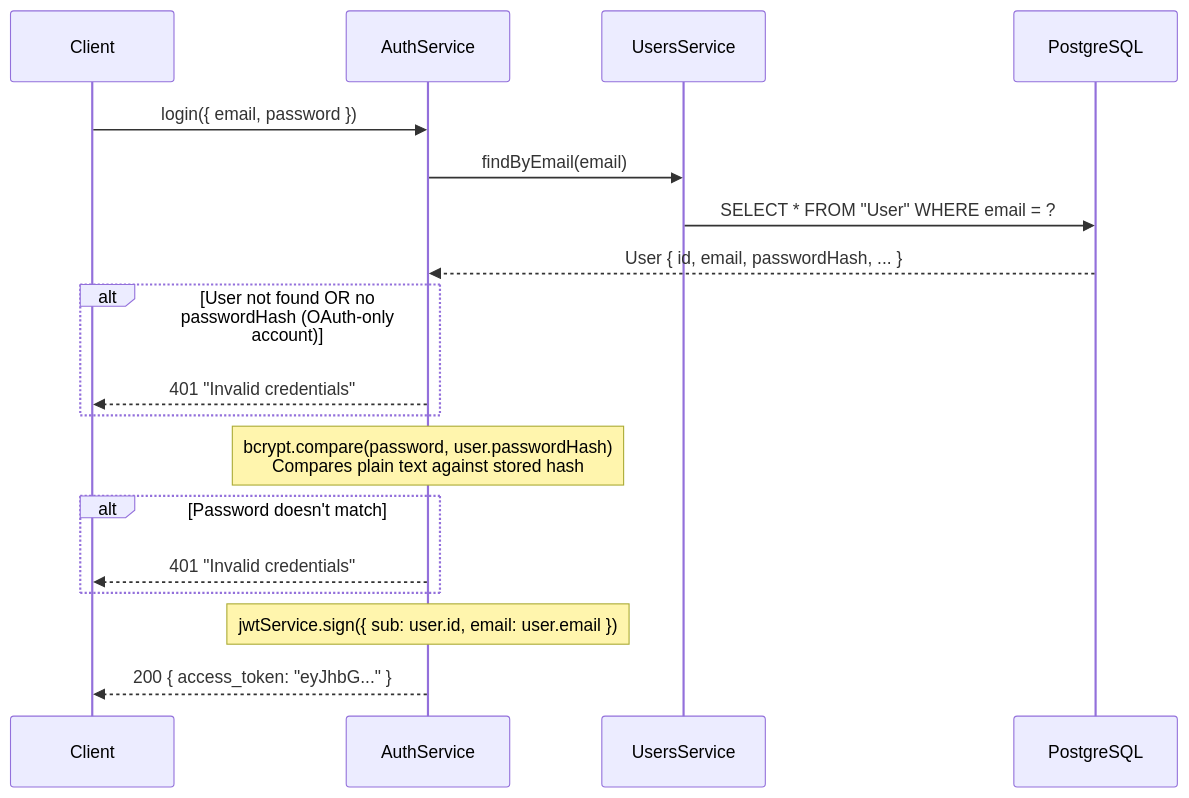
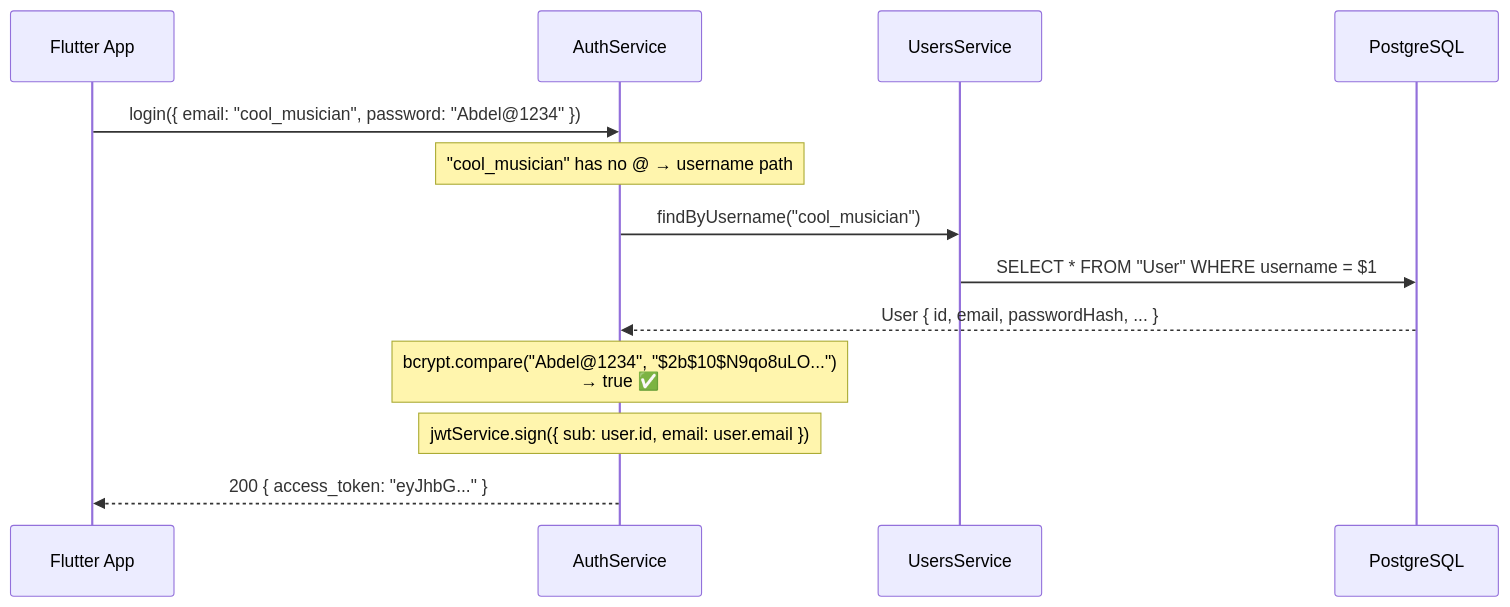
Before and after one commit to Mtigunit/music-room: the fourth of 6 diagrams in backend/docs/auth_walkthrough.md, drawn with Mermaid. The commit also changed other lines of this file and 16 other files, not shown here.

First line of the commit message:
feat(auth): add email OTP verification before registration

````diff
--- a/backend/docs/auth_walkthrough.md
+++ b/backend/docs/auth_walkthrough.md
@@ -111,25 +367,20 @@
 ```mermaid
 sequenceDiagram
-    participant Client
-    participant Service as AuthService
+    participant Client as Flutter App
+    participant Auth as AuthService
     participant Users as UsersService
     participant DB as PostgreSQL
 
-    Client->>Service: login({ email, password })
-    Service->>Users: findByEmail(email)
-    Users->>DB: SELECT * FROM "User" WHERE email = ?
-    DB-->>Service: User { id, email, passwordHash, ... }
-    
-    alt User not found OR no passwordHash (OAuth-only account)
-        Service-->>Client: 401 "Invalid credentials"
-    end
-    
-    Note over Service: bcrypt.compare(password, user.passwordHash)<br/>Compares plain text against stored hash
-    
-    alt Password doesn't match
-        Service-->>Client: 401 "Invalid credentials"
-    end
-    
-    Note over Service: jwtService.sign({ sub: user.id, email: user.email })
-    Service-->>Client: 200 { access_token: "eyJhbG..." }
+    Client->>Auth: login({ email: "cool_musician", password: "Abdel@1234" })
+
+    Note over Auth: "cool_musician" has no @ → username path
+    Auth->>Users: findByUsername("cool_musician")
+    Users->>DB: SELECT * FROM "User" WHERE username = $1
+    DB-->>Auth: User { id, email, passwordHash, ... }
+
+    Note over Auth: bcrypt.compare("Abdel@1234", "$2b$10$N9qo8uLO...")<br/>→ true ✅
+
+    Note over Auth: jwtService.sign({ sub: user.id, email: user.email })
+
+    Auth-->>Client: 200 { access_token: "eyJhbG..." }
 ```
````
